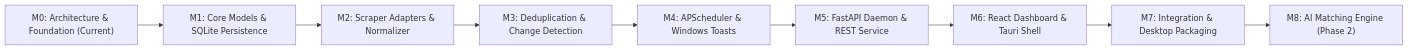
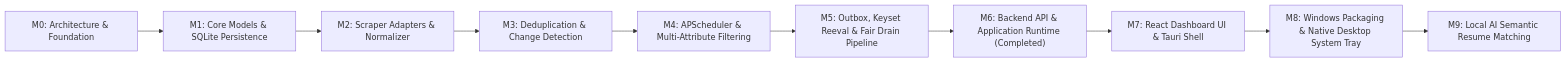
One commit to aadesh-2006/HawkOffer changed the diagram in docs/ROADMAP.md. Above: the diagram before and after it, drawn with Mermaid. The commit also changed other lines of this file and 3 other files, not shown here.

Commit message:
docs: update documentation for M6 REST API and runtime

````diff
--- a/docs/ROADMAP.md
+++ b/docs/ROADMAP.md
@@ -9,11 +9,12 @@
 ```mermaid
 flowchart LR
-    M0["M0: Architecture & Foundation (Current)"] --> M1["M1: Core Models & SQLite Persistence"]
+    M0["M0: Architecture & Foundation"] --> M1["M1: Core Models & SQLite Persistence"]
     M1 --> M2["M2: Scraper Adapters & Normalizer"]
     M2 --> M3["M3: Deduplication & Change Detection"]
-    M3 --> M4["M4: APScheduler & Windows Toasts"]
-    M4 --> M5["M5: FastAPI Daemon & REST Service"]
-    M5 --> M6["M6: React Dashboard & Tauri Shell"]
-    M6 --> M7["M7: Integration & Desktop Packaging"]
-    M7 --> M8["M8: AI Matching Engine (Phase 2)"]
+    M3 --> M4["M4: APScheduler & Multi-Attribute Filtering"]
+    M4 --> M5["M5: Outbox, Keyset Reeval & Fair Drain Pipeline"]
+    M5 --> M6["M6: Backend API & Application Runtime (Completed)"]
+    M6 --> M7["M7: React Dashboard UI & Tauri Shell"]
+    M7 --> M8["M8: Windows Packaging & Native Desktop System Tray"]
+    M8 --> M9["M9: Local AI Semantic Resume Matching"]
 ```
````
